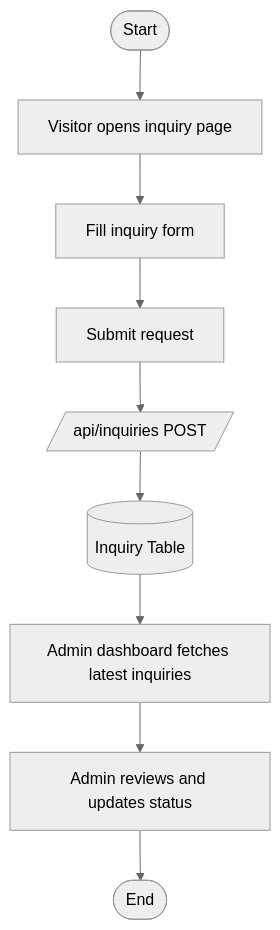
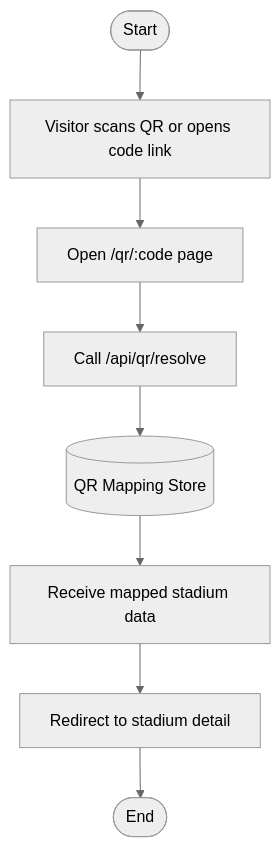
One commit to satyansh911/InStadiumWeb changed the eighth of 15 diagrams in README.md. Above: the diagram before and after it, drawn with Mermaid (neutral theme). The commit also changed other lines of this file, not shown here.

Commit message:
routing architecture diagram updated

````diff
--- a/README.md
+++ b/README.md
@@ -250,11 +226,10 @@
 ```mermaid
 flowchart TD
-      S([Start]) --> A[Visitor opens inquiry page]
-      A --> B[Fill inquiry form]
-      B --> C[Submit request]
-      C --> D[/api/inquiries POST/]
-      D --> E[(Inquiry Table)]
-      E --> F[Admin dashboard fetches latest inquiries]
-      F --> G[Admin reviews and updates status]
-      G --> H([End])
+   S([Start]) --> A[Visitor scans QR or opens code link]
+   A --> B[Open /qr/:code page]
+   B --> C[Call /api/qr/resolve]
+   C --> D[(QR Mapping Store)]
+   D --> E[Receive mapped stadium data]
+   E --> F[Redirect to stadium detail]
+   F --> G([End])
 ```
````
